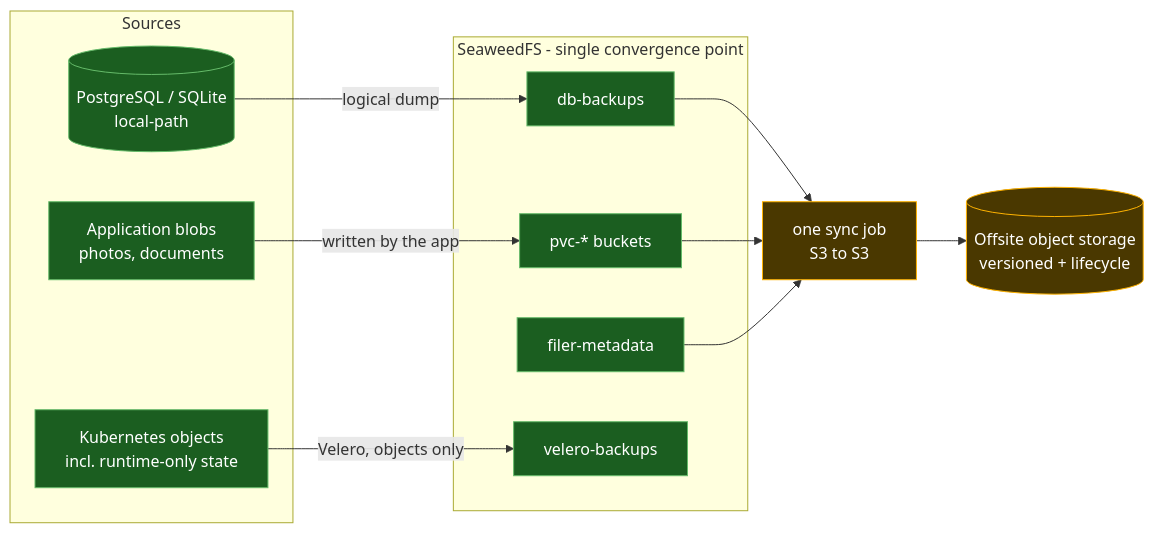
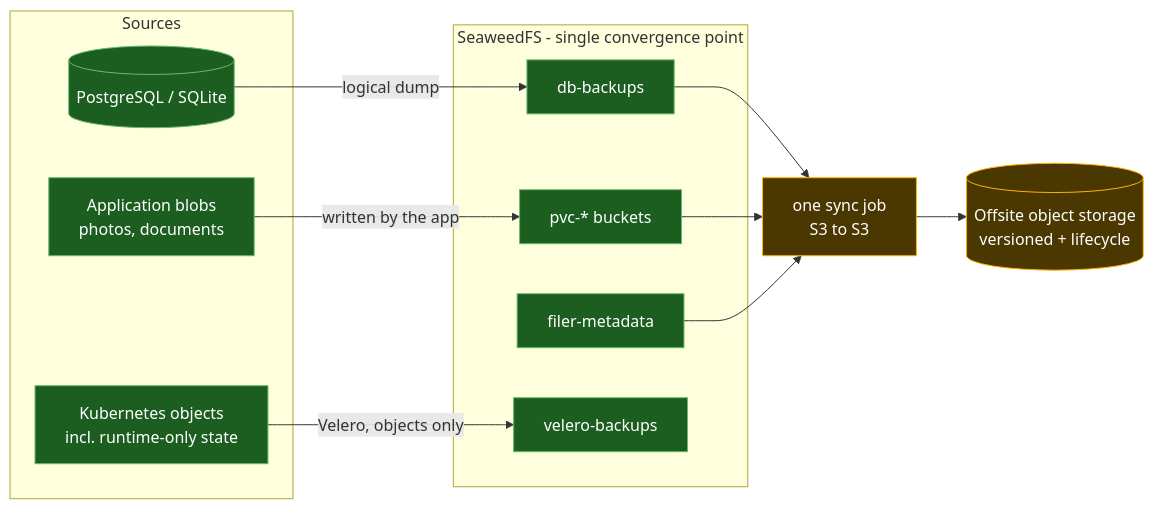
Before and after one commit to bibAtWork/Edge_GitOps: the diagram in docs/backup-architecture.md, drawn with Mermaid. The commit also changed other lines of this file, not shown here.

First line of the commit message:
doc(backup): correct the constraint that databases stay on local-path

````diff
--- a/docs/backup-architecture.md
+++ b/docs/backup-architecture.md
@@ -68,31 +75,31 @@
 ```mermaid
 flowchart LR
     subgraph src["Sources"]
-        DB[("PostgreSQL / SQLite<br/>local-path")]
+        DB[("PostgreSQL / SQLite")]
         APP["Application blobs<br/>photos, documents"]
         K8S["Kubernetes objects<br/>incl. runtime-only state"]
     end
 
     subgraph swfs["SeaweedFS - single convergence point"]
         BDB["db-backups"]
         BLOB["pvc-* buckets"]
         BMETA["filer-metadata"]
         BVEL["velero-backups"]
     end
 
     OFF[("Offsite object storage<br/>versioned + lifecycle")]
 
     DB -- "logical dump" --> BDB
     APP -- "written by the app" --> BLOB
     K8S -- "Velero, objects only" --> BVEL
 
     BDB --> SYNC["one sync job<br/>S3 to S3"]
     BLOB --> SYNC
     BMETA --> SYNC
     SYNC --> OFF
 
     classDef done fill:#1b5e20,stroke:#66bb6a,color:#ffffff
     classDef todo fill:#4a3800,stroke:#ffb300,color:#ffffff
     class DB,APP,K8S,BDB,BLOB,BMETA,BVEL done
     class SYNC,OFF todo
 ```
````
